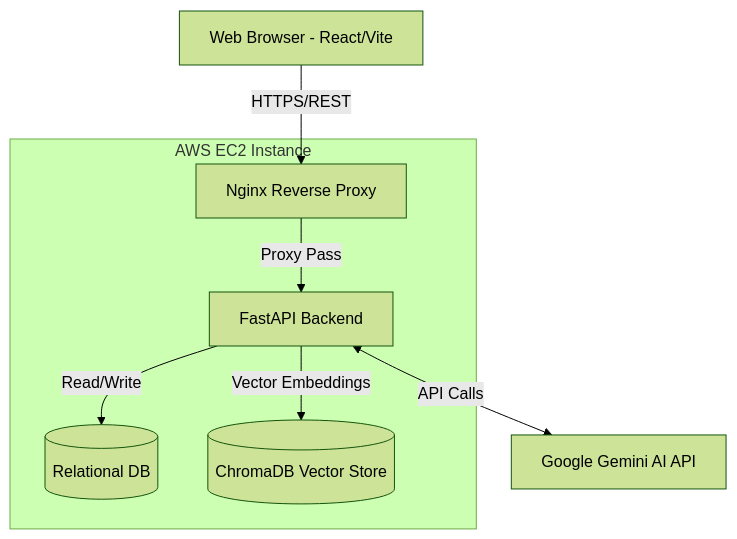
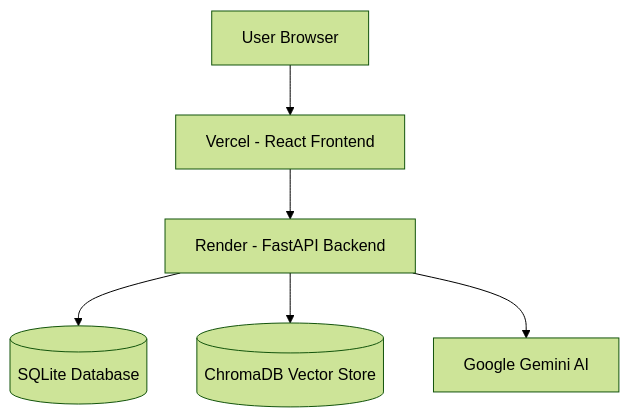
One commit to Kavinvk007/CVAI changed the diagram in README.md. Above: the diagram before and after it, drawn with Mermaid (forest theme). The commit also changed other lines of this file, not shown here.

First line of the commit message:
Revise README for FastAPI version and project details

````diff
--- a/README.md
+++ b/README.md
@@ -46,12 +78,8 @@
 ```mermaid
-graph TD;
-    Client[Web Browser - React/Vite] -->|HTTPS/REST| Nginx[Nginx Reverse Proxy];
-    
-    subgraph AWS EC2 Instance
-        Nginx -->|Proxy Pass| FastAPI[FastAPI Backend];
-        FastAPI -->|Read/Write| SQLite[(Relational DB)];
-        FastAPI -->|Vector Embeddings| ChromaDB[(ChromaDB Vector Store)];
-    end
-    
-    FastAPI <-->|API Calls| Gemini[Google Gemini AI API];
+graph TD
+    User[User Browser] --> Frontend[Vercel - React Frontend]
+    Frontend --> Backend[Render - FastAPI Backend]
+    Backend --> SQLite[(SQLite Database)]
+    Backend --> ChromaDB[(ChromaDB Vector Store)]
+    Backend --> Gemini[Google Gemini AI]
 ```
````
